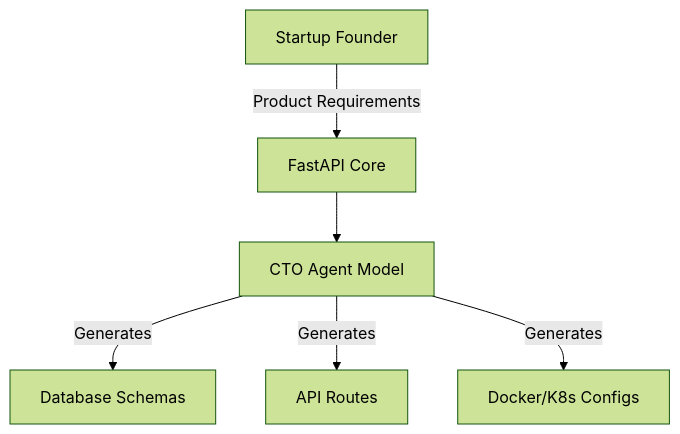
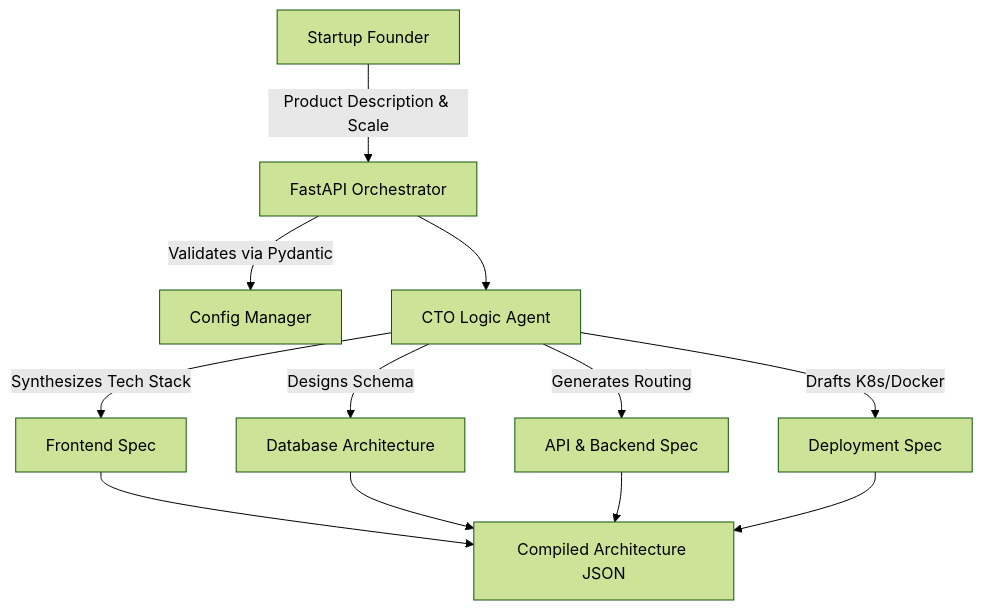
One commit to lakshanmuruganandam/minute-cto changed the diagram in README.md. Above: the diagram before and after it, drawn with Mermaid (forest theme). The commit also changed other lines of this file, not shown here.

Commit message:
docs: implement masterclass README with advanced architecture specs

````diff
--- a/README.md
+++ b/README.md
@@ -26,8 +28,11 @@
 ```mermaid
 graph TD;
-    Founder[Startup Founder] -->|Product Requirements| API[FastAPI Core]
-    API --> Agent[CTO Agent Model]
-    Agent -->|Generates| DB[Database Schemas]
-    Agent -->|Generates| Routes[API Routes]
-    Agent -->|Generates| Deploy[Docker/K8s Configs]
+    Founder[Startup Founder] -->|Product Description & Scale| API[FastAPI Orchestrator]
+    API -->|Validates via Pydantic| Config[Config Manager]
+    API --> CTOAgent[CTO Logic Agent]
+    CTOAgent -->|Synthesizes Tech Stack| Frontend[Frontend Spec]
+    CTOAgent -->|Designs Schema| Database[Database Architecture]
+    CTOAgent -->|Generates Routing| Backend[API & Backend Spec]
+    CTOAgent -->|Drafts K8s/Docker| Infrastructure[Deployment Spec]
+    Frontend & Database & Backend & Infrastructure --> Output[Compiled Architecture JSON]
 ```
````
